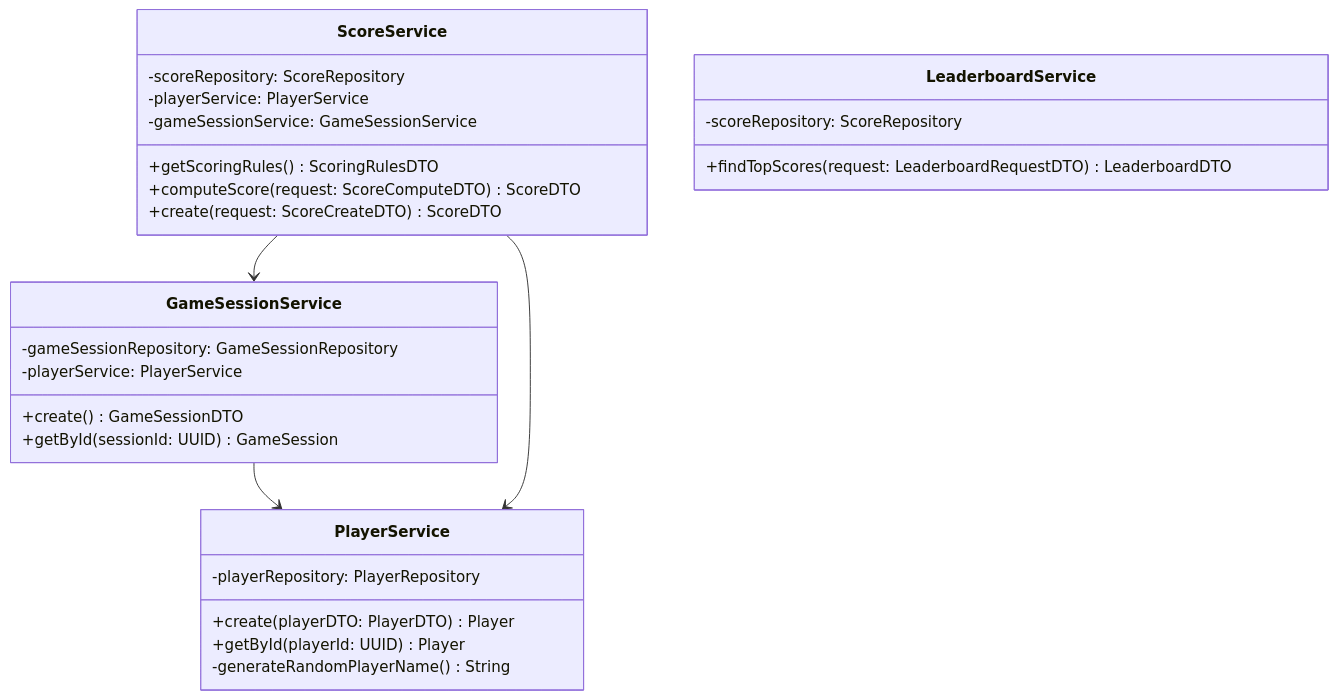
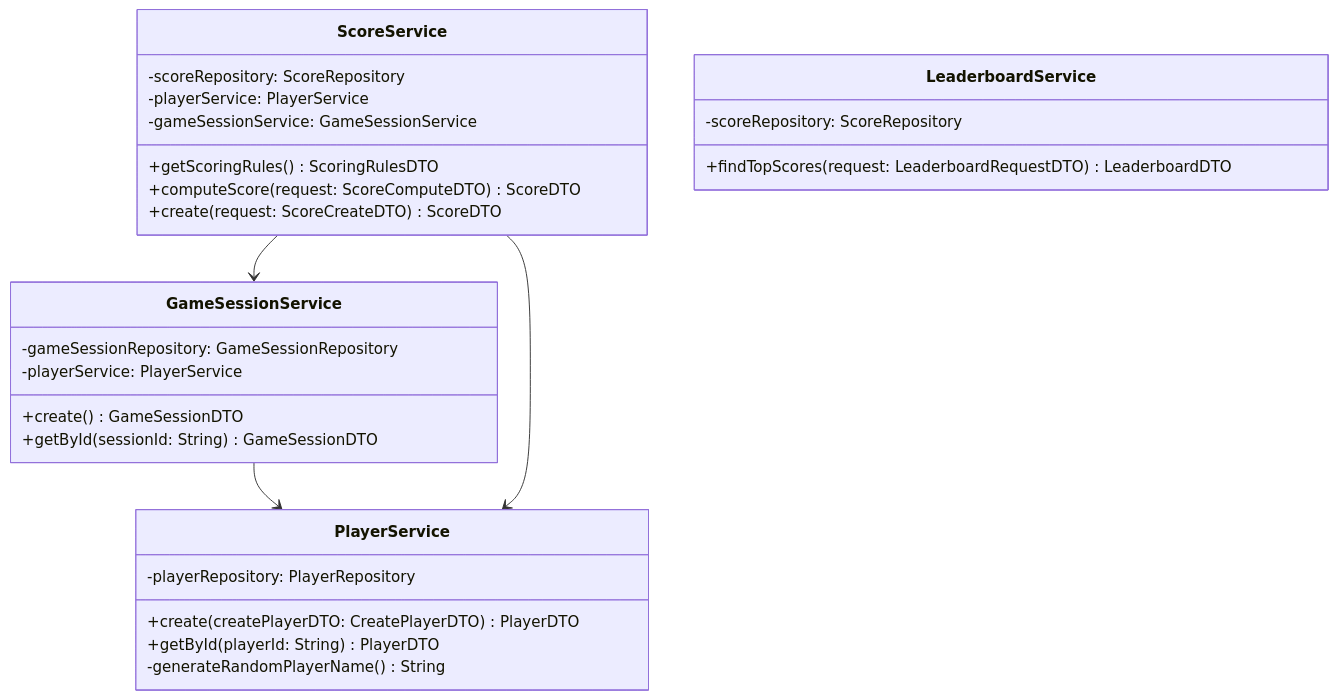
Before and after one commit to alang-dev/scrabble-points-calculator: the diagram in docs/architecture/c4-code-implementation.md, drawn with Mermaid. The commit also changed 20 other files, not shown here.

First line of the commit message:
Add game session and player API implementation

````diff
--- a/docs/architecture/c4-code-implementation.md
+++ b/docs/architecture/c4-code-implementation.md
@@ -7,35 +7,35 @@
 ```mermaid
 classDiagram
     class GameSessionService {
         -gameSessionRepository: GameSessionRepository
         -playerService: PlayerService
         +create() GameSessionDTO
-        +getById(sessionId: UUID) GameSession
+        +getById(sessionId: String) GameSessionDTO
     }
     
     class PlayerService {
         -playerRepository: PlayerRepository
-        +create(playerDTO: PlayerDTO) Player
-        +getById(playerId: UUID) Player
+        +create(createPlayerDTO: CreatePlayerDTO) PlayerDTO
+        +getById(playerId: String) PlayerDTO
         -generateRandomPlayerName() String
     }
     
     class ScoreService {
         -scoreRepository: ScoreRepository
         -playerService: PlayerService
         -gameSessionService: GameSessionService
         +getScoringRules() ScoringRulesDTO
         +computeScore(request: ScoreComputeDTO) ScoreDTO
         +create(request: ScoreCreateDTO) ScoreDTO
     }
     
     class LeaderboardService {
         -scoreRepository: ScoreRepository
         +findTopScores(request: LeaderboardRequestDTO) LeaderboardDTO
     }
 
     %% Service Dependencies
     GameSessionService --> PlayerService
     ScoreService --> PlayerService
     ScoreService --> GameSessionService
 ```
````
